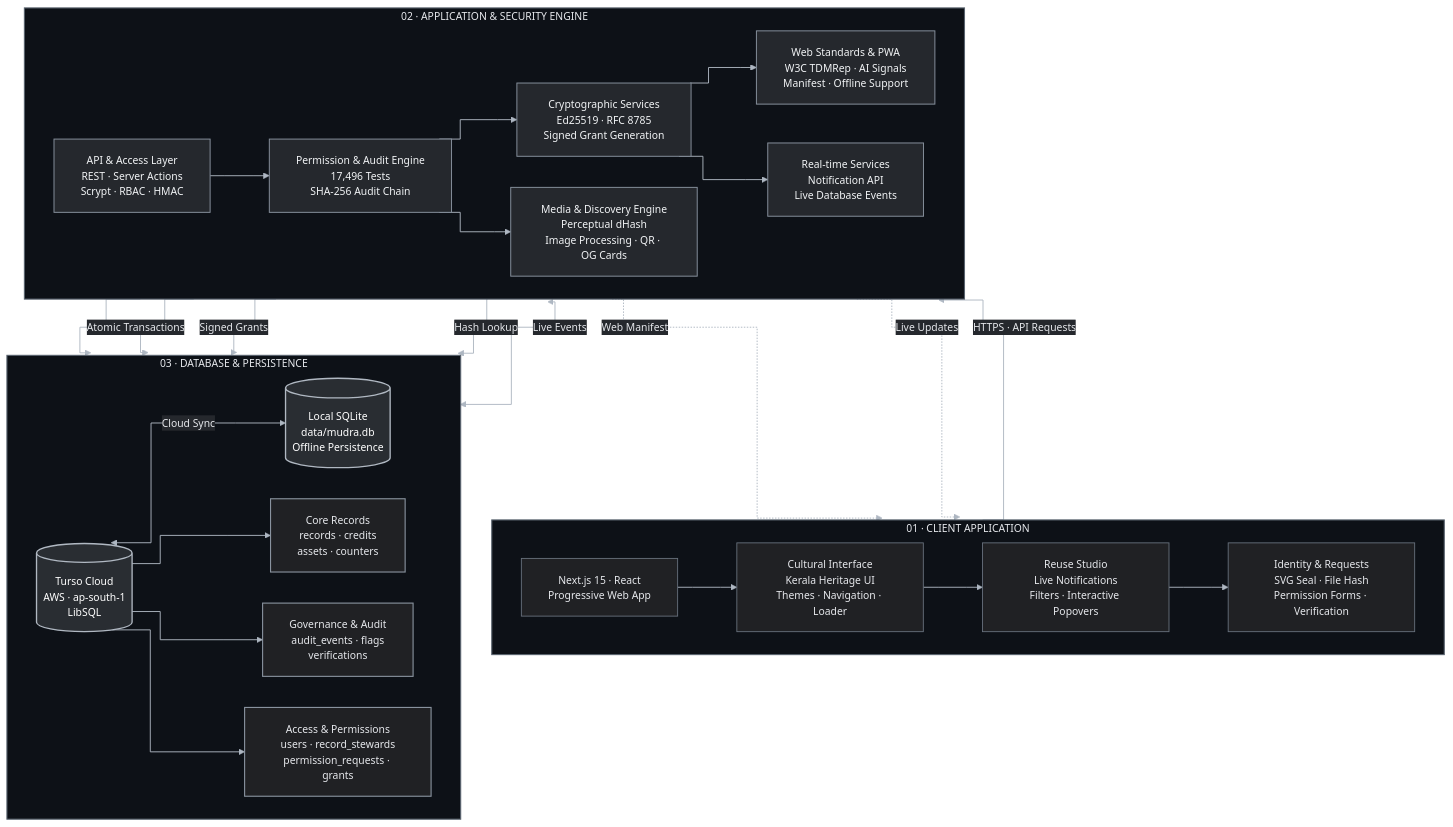
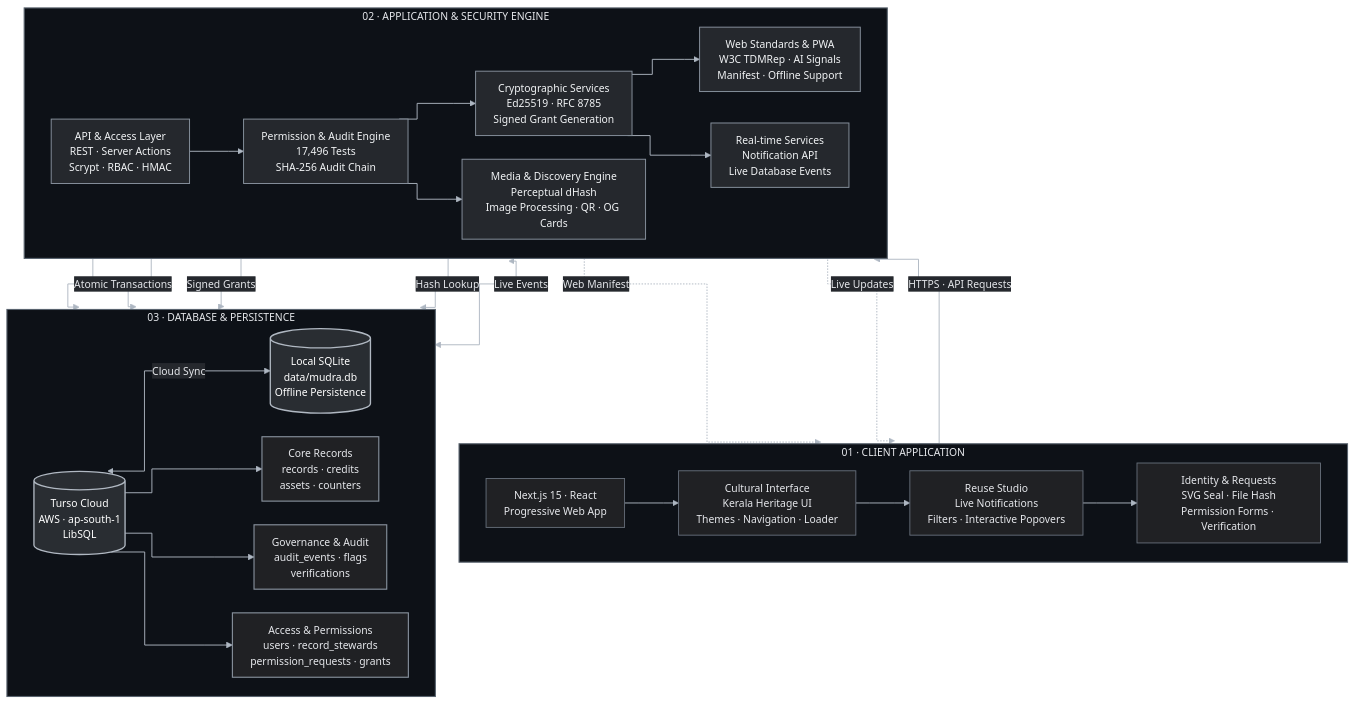
The diagram in README.md (Abhin-Krishna-MP/Mudra), drawn with Mermaid before and after one commit. The commit also changed other lines of this file, not shown here.

```diff
--- a/README.md
+++ b/README.md
@@ -174,19 +174,18 @@
   },
   "flowchart": {
     "curve": "step",
-    "nodeSpacing": 42,
-    "rankSpacing": 55,
-    "padding": 18,
+    "nodeSpacing": 32,
+    "rankSpacing": 48,
+    "padding": 12,
     "htmlLabels": true,
-    "useMaxWidth": true,
-    "wrappingWidth": 180
+    "useMaxWidth": true
   }
 }}%%
 
 flowchart TB
 
     %% CLIENT LAYER
-    subgraph CLIENT["01 · CLIENT APPLICATION"]
+    subgraph CLIENT["01  ·  CLIENT APPLICATION"]
         direction LR
 
         UI["Next.js 15 · React<br/>Progressive Web App"]
@@ -201,7 +200,7 @@
     end
 
     %% APPLICATION LAYER
-    subgraph APPLICATION["02 · APPLICATION & SECURITY ENGINE"]
+    subgraph APPLICATION["02  ·  APPLICATION & SECURITY ENGINE"]
         direction LR
 
         API["API & Access Layer<br/>REST · Server Actions<br/>Scrypt · RBAC · HMAC"]
@@ -224,7 +223,7 @@
     end
 
     %% STORAGE LAYER
-    subgraph STORAGE["03 · DATABASE & PERSISTENCE"]
+    subgraph STORAGE["03  ·  DATABASE & PERSISTENCE"]
         direction LR
 
         TURSO[("Turso Cloud<br/>AWS · ap-south-1<br/>LibSQL")]
```
